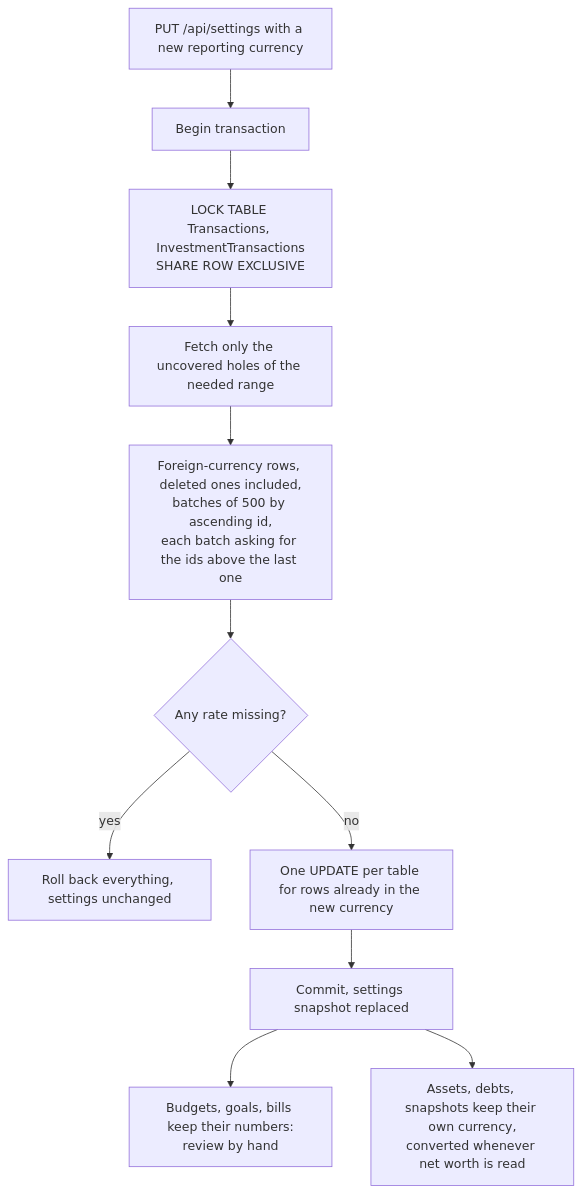
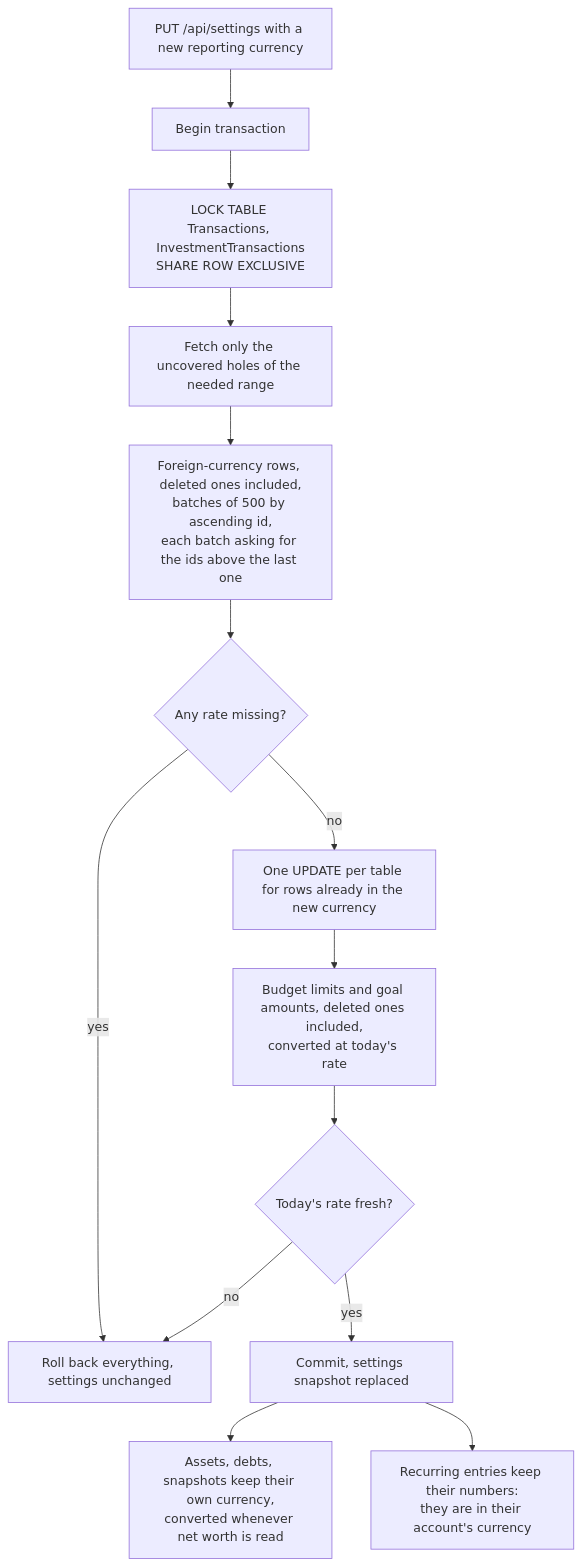
One commit to Justxs/Jx-Finance changed the fifth of 5 diagrams in docs/features/multi-currency.md. Above: the diagram before and after it, drawn with Mermaid. The commit also changed other lines of this file and 22 other files, not shown here.

````diff
--- a/docs/features/multi-currency.md
+++ b/docs/features/multi-currency.md
@@ -98,13 +98,16 @@
 ```mermaid
 flowchart TD
     Save["PUT /api/settings with a new reporting currency"] --> Tx["Begin transaction"]
     Tx --> LockT["LOCK TABLE Transactions, InvestmentTransactions<br/>SHARE ROW EXCLUSIVE"]
     LockT --> Range["Fetch only the uncovered holes of the needed range"]
     Range --> Batch["Foreign-currency rows, deleted ones included,<br/>batches of 500 by ascending id,<br/>each batch asking for the ids above the last one"]
     Batch --> Missing{"Any rate missing?"}
     Missing -->|"yes"| Rollback["Roll back everything, settings unchanged"]
     Missing -->|"no"| Same["One UPDATE per table for rows already in the new currency"]
-    Same --> Commit["Commit, settings snapshot replaced"]
-    Commit --> Manual["Budgets, goals, bills keep their numbers:<br/>review by hand"]
+    Same --> Plans["Budget limits and goal amounts, deleted ones included,<br/>converted at today's rate"]
+    Plans --> Today{"Today's rate fresh?"}
+    Today -->|"no"| Rollback
+    Today -->|"yes"| Commit["Commit, settings snapshot replaced"]
     Commit --> Kept["Assets, debts, snapshots keep their own currency,<br/>converted whenever net worth is read"]
+    Commit --> Bills["Recurring entries keep their numbers:<br/>they are in their account's currency"]
 ```
````
